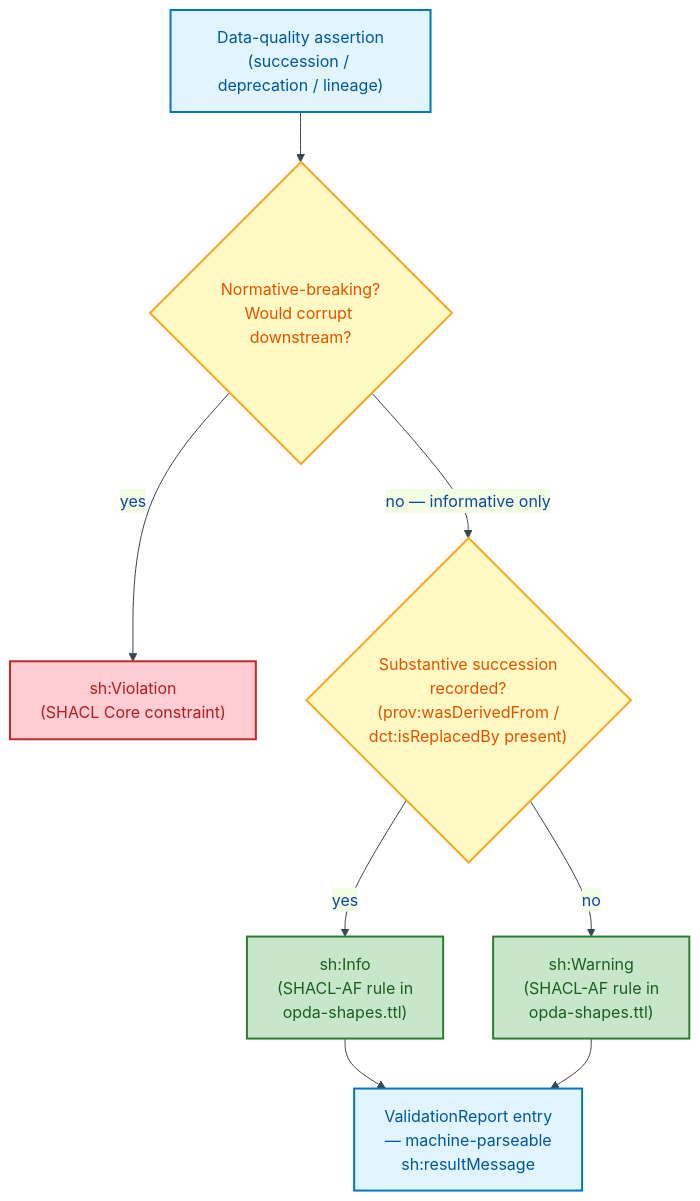
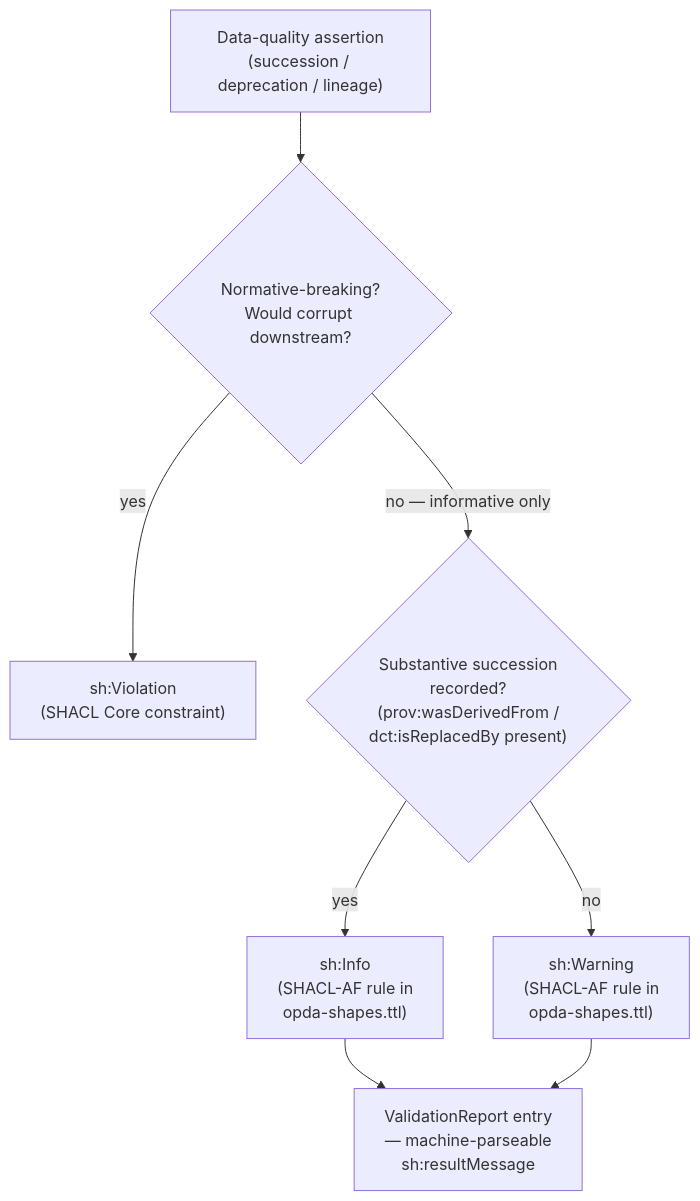
Before and after one commit to sparkling/opda: the first of 4 diagrams in docs/ontology/odr/ODR-0017-shacl-af-quality-rules-pattern.md, drawn with Mermaid. The commit also changed other lines of this file and 25 other files, not shown here.

````diff
--- a/docs/ontology/odr/ODR-0017-shacl-af-quality-rules-pattern.md
+++ b/docs/ontology/odr/ODR-0017-shacl-af-quality-rules-pattern.md
@@ -34,19 +34,14 @@
 ```mermaid
-%%{init:{"theme":"base","themeVariables":{"primaryColor":"#E3F2FD","primaryTextColor":"#0D47A1","primaryBorderColor":"#1565C0","lineColor":"#37474F"}}}%%
 flowchart TD
     accTitle: Blocking vs non-blocking SHACL rule routing
     accDescr: Shows how a data quality assertion is routed to sh:Info or sh:Warning via SHACL-AF rather than sh:Violation used for normative-breaking constraints.
-    classDef process fill:#E1F5FE,stroke:#0277BD,stroke-width:2px,color:#01579B
-    classDef decision fill:#FFF9C4,stroke:#F9A825,stroke-width:2px,color:#E65100
-    classDef output fill:#C8E6C9,stroke:#2E7D32,stroke-width:2px,color:#1B5E20
-    classDef reject fill:#FFCDD2,stroke:#C62828,stroke-width:2px,color:#B71C1C
 
     A["Data-quality assertion<br/>(succession / deprecation / lineage)"]:::process
-    A --> B{"Normative-breaking?<br/>Would corrupt downstream?"}:::decision
-    B -->|"yes"| C["sh:Violation<br/>(SHACL Core constraint)"]:::reject
-    B -->|"no — informative only"| D{"Substantive succession<br/>recorded?<br/>(prov:wasDerivedFrom /<br/>dct:isReplacedBy present)"}:::decision
-    D -->|"yes"| E["sh:Info<br/>(SHACL-AF rule in<br/>opda-shapes.ttl)"]:::output
-    D -->|"no"| F["sh:Warning<br/>(SHACL-AF rule in<br/>opda-shapes.ttl)"]:::output
+    A --> B{"Normative-breaking?<br/>Would corrupt downstream?"}:::warning
+    B -->|"yes"| C["sh:Violation<br/>(SHACL Core constraint)"]:::error
+    B -->|"no — informative only"| D{"Substantive succession<br/>recorded?<br/>(prov:wasDerivedFrom /<br/>dct:isReplacedBy present)"}:::warning
+    D -->|"yes"| E["sh:Info<br/>(SHACL-AF rule in<br/>opda-shapes.ttl)"]:::success
+    D -->|"no"| F["sh:Warning<br/>(SHACL-AF rule in<br/>opda-shapes.ttl)"]:::success
     E --> G["ValidationReport entry<br/>— machine-parseable<br/>sh:resultMessage"]:::process
     F --> G
 ```
````
